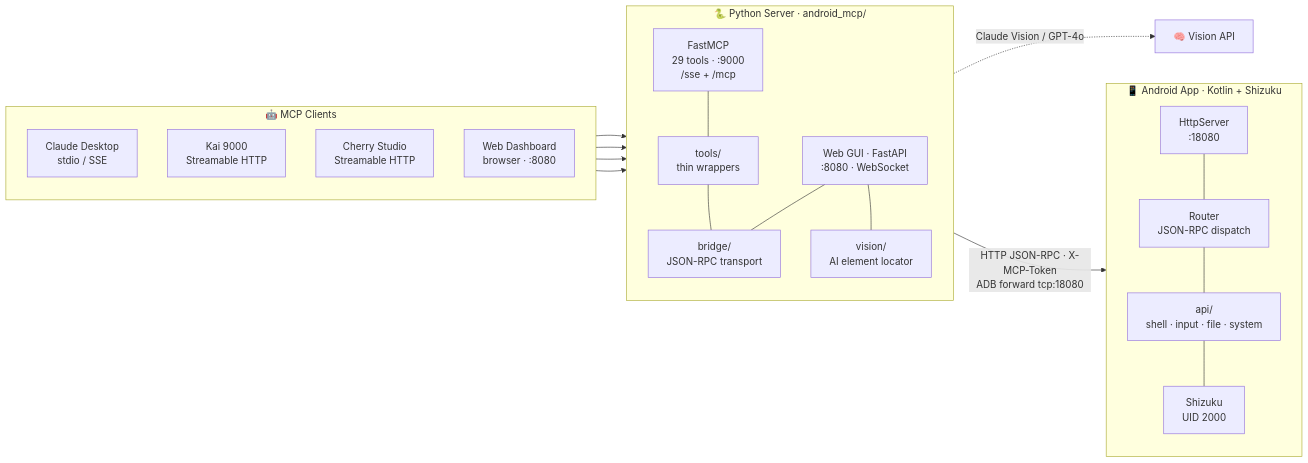
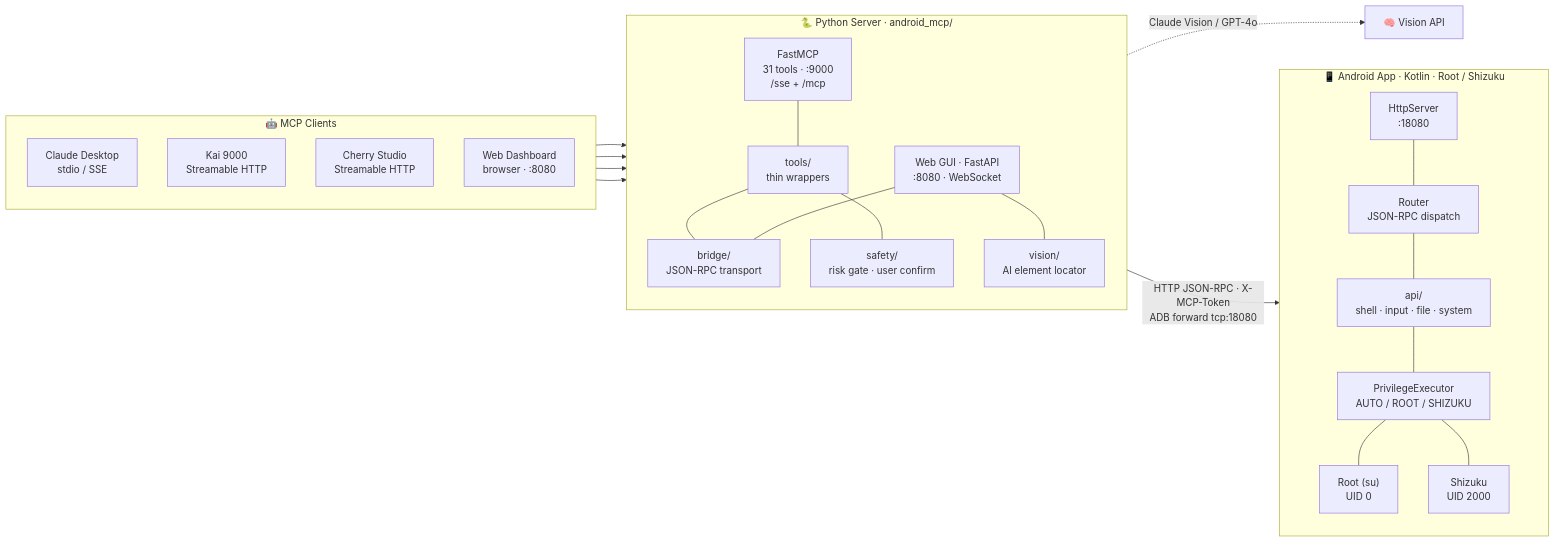
One commit to shuao-pro/android-mcp changed the diagram in README.md. Above: the diagram before and after it, drawn with Mermaid. The commit also changed other lines of this file and 34 other files, not shown here.

First line of the commit message:
feat: add root mode, privilege mode selection, and safety guard

````diff
--- a/README.md
+++ b/README.md
@@ -26,41 +26,47 @@
 ```mermaid
 flowchart LR
     subgraph CLIENTS["🤖 MCP Clients"]
         direction TB
         C1["Claude Desktop<br/>stdio / SSE"]
         C2["Kai 9000<br/>Streamable HTTP"]
         C3["Cherry Studio<br/>Streamable HTTP"]
         C4["Web Dashboard<br/>browser · :8080"]
     end
 
     subgraph SERVER["🐍 Python Server · android_mcp/"]
         direction TB
-        S1["FastMCP<br/>29 tools · :9000<br/>/sse + /mcp"]
+        S1["FastMCP<br/>31 tools · :9000<br/>/sse + /mcp"]
         S2["Web GUI · FastAPI<br/>:8080 · WebSocket"]
         S3["tools/<br/>thin wrappers"]
         S4["bridge/<br/>JSON-RPC transport"]
         S5["vision/<br/>AI element locator"]
+        S6["safety/<br/>risk gate · user confirm"]
         S1 --- S3
         S3 --- S4
+        S3 --- S6
         S2 --- S4
         S2 --- S5
     end
 
-    subgraph PHONE["📱 Android App · Kotlin + Shizuku"]
+    subgraph PHONE["📱 Android App · Kotlin · Root / Shizuku"]
         direction TB
         P1["HttpServer<br/>:18080"]
         P2["Router<br/>JSON-RPC dispatch"]
         P3["api/<br/>shell · input · file · system"]
-        P4["Shizuku<br/>UID 2000"]
+        P4["PrivilegeExecutor<br/>AUTO / ROOT / SHIZUKU"]
+        P5["Root (su)<br/>UID 0"]
+        P6["Shizuku<br/>UID 2000"]
         P1 --- P2
         P2 --- P3
         P3 --- P4
+        P4 --- P5
+        P4 --- P6
     end
 
     C1 --> S1
     C2 --> S1
     C3 --> S1
     C4 --> S2
     S4 -->|"HTTP JSON-RPC · X-MCP-Token<br/>ADB forward tcp:18080"| P1
     S5 -.->|"Claude Vision / GPT-4o"| V["🧠 Vision API"]
 ```
````
